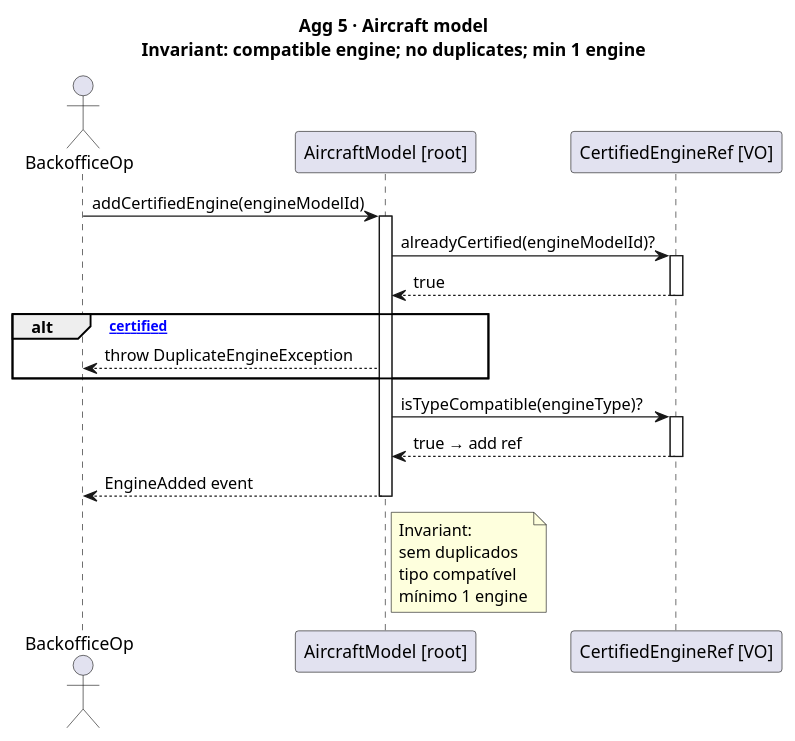
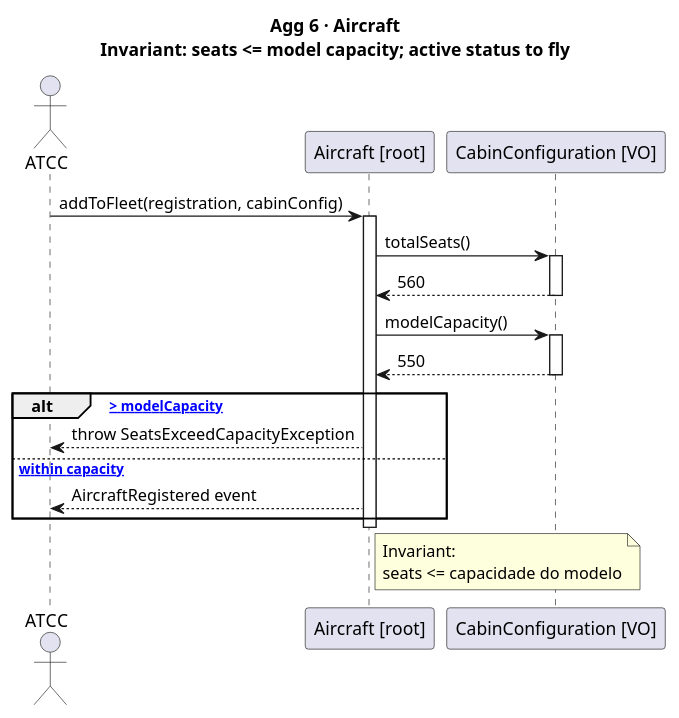
Before and after one commit to DuartePinto1240/sem4pi2526-sem4pi2526_2da2: the diagram in docs/Agg05.puml, drawn with PlantUML. The commit also changed 12 other files, not shown here.

```diff
--- a/docs/Agg05.puml
+++ b/docs/Agg05.puml
@@ -1,36 +1,34 @@
-@startuml US011_Agg05_AircraftModel
-title Agg 5 · Aircraft model\nInvariant: compatible engine; no duplicates; min 1 engine
+@startuml US011_Agg06_Aircraft
+title Agg 6 · Aircraft\nInvariant: seats <= model capacity; active status to fly
 
-actor "BackofficeOp" as Op
-participant "AircraftModel [root]" as AM
-participant "CertifiedEngineRef [VO]" as Ref
+actor ATCC
+participant "Aircraft [root]" as Aircraft
+participant "CabinConfiguration [VO]" as Cabin
 
-Op -> AM : addCertifiedEngine(engineModelId)
-activate AM
+ATCC -> Aircraft : addToFleet(registration, cabinConfig)
+activate Aircraft
 
-AM -> Ref : alreadyCertified(engineModelId)?
-activate Ref
-Ref --> AM : true
-deactivate Ref
+Aircraft -> Cabin : totalSeats()
+activate Cabin
+Cabin --> Aircraft : 560
+deactivate Cabin
 
-alt [already certified]
-    AM --> Op : throw DuplicateEngineException
+Aircraft -> Cabin : modelCapacity()
+activate Cabin
+Cabin --> Aircraft : 550
+deactivate Cabin
+
+alt [totalSeats > modelCapacity]
+    Aircraft --> ATCC : throw SeatsExceedCapacityException
+else [seats within capacity]
+    Aircraft --> ATCC : AircraftRegistered event
 end
 
-AM -> Ref : isTypeCompatible(engineType)?
-activate Ref
-Ref --> AM : true → add ref
-deactivate Ref
+deactivate Aircraft
 
-AM --> Op : EngineAdded event
-
-deactivate AM
-
-note right of AM
+note right of Aircraft
   Invariant:
-  sem duplicados
-  tipo compatível
-  mínimo 1 engine
+  seats <= capacidade do modelo
 end note
 
 @enduml
```
